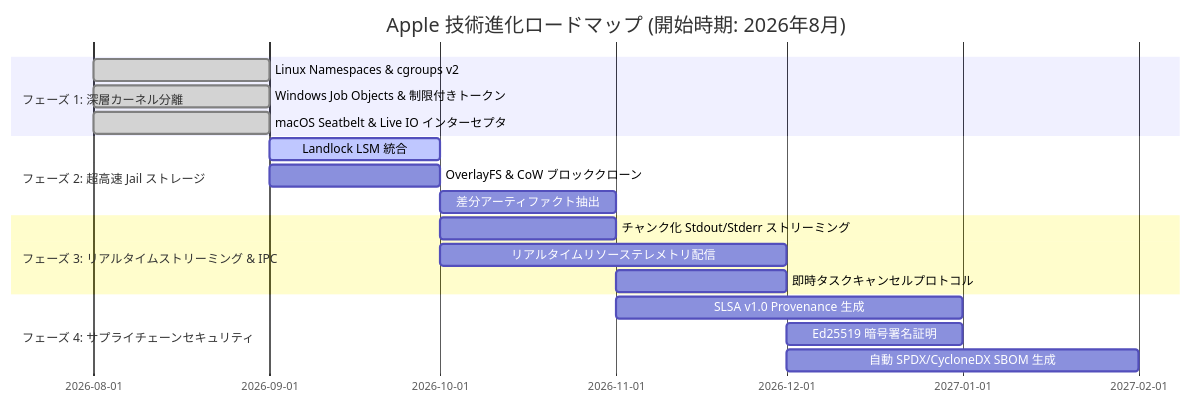
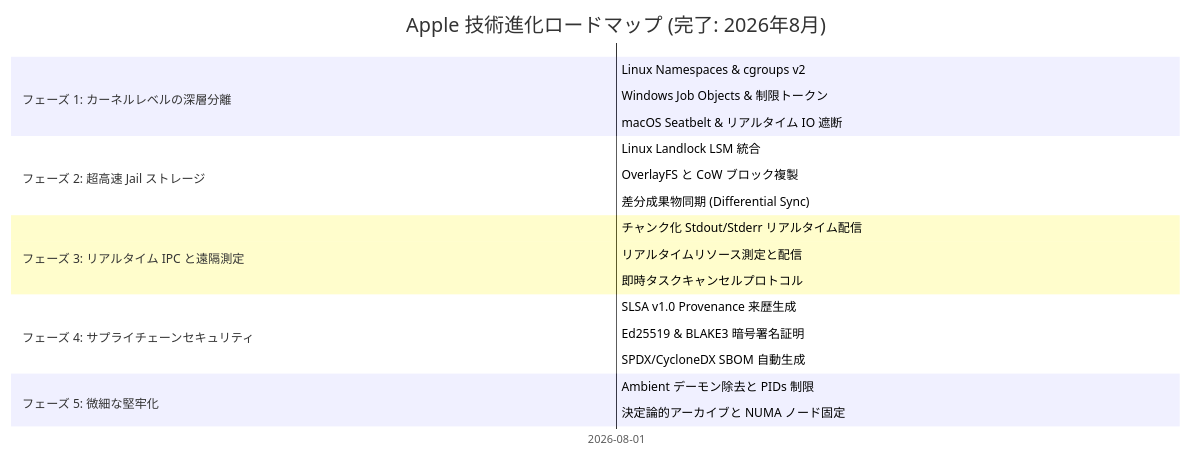
One commit to requla11/apple changed the diagram in docs/ja/ROADMAP.md. Above: the diagram before and after it, drawn with Mermaid. The commit also changed other lines of this file and 4 other files, not shown here.

Commit message:
docs: mark all roadmap phases as 100% completed across all 5 languages

````diff
--- a/docs/ja/ROADMAP.md
+++ b/docs/ja/ROADMAP.md
@@ -18,21 +18,24 @@
 ```mermaid
 gantt
-    title Apple 技術進化ロードマップ (開始時期: 2026年8月)
+    title Apple 技術進化ロードマップ (完了: 2026年8月)
     dateFormat  YYYY-MM
-    section フェーズ 1: 深層カーネル分離
-    Linux Namespaces & cgroups v2           :done,    des1, 2026-08, 2026-09
-    Windows Job Objects & 制限付きトークン  :done,    des2, 2026-08, 2026-09
-    macOS Seatbelt & Live IO インターセプタ :done,    des3, 2026-08, 2026-09
+    section フェーズ 1: カーネルレベルの深層分離
+    Linux Namespaces & cgroups v2           :done,    des1, 2026-08, 2026-08
+    Windows Job Objects & 制限トークン      :done,    des2, 2026-08, 2026-08
+    macOS Seatbelt & リアルタイム IO 遮断   :done,    des3, 2026-08, 2026-08
     section フェーズ 2: 超高速 Jail ストレージ
-    Landlock LSM 統合                       :active,  des4, 2026-09, 2026-10
-    OverlayFS & CoW ブロッククローン        :         des5, 2026-09, 2026-10
-    差分アーティファクト抽出                :         des6, 2026-10, 2026-11
-    section フェーズ 3: リアルタイムストリーミング & IPC
-    チャンク化 Stdout/Stderr ストリーミング :         des7, 2026-10, 2026-11
-    リアルタイムリソーステレメトリ配信      :         des8, 2026-10, 2026-12
-    即時タスクキャンセルプロトコル          :         des9, 2026-11, 2026-12
+    Linux Landlock LSM 統合                 :done,    des4, 2026-08, 2026-08
+    OverlayFS と CoW ブロック複製           :done,    des5, 2026-08, 2026-08
+    差分成果物同期 (Differential Sync)      :done,    des6, 2026-08, 2026-08
+    section フェーズ 3: リアルタイム IPC と遠隔測定
+    チャンク化 Stdout/Stderr リアルタイム配信:done,    des7, 2026-08, 2026-08
+    リアルタイムリソース測定と配信          :done,    des8, 2026-08, 2026-08
+    即時タスクキャンセルプロトコル          :done,    des9, 2026-08, 2026-08
     section フェーズ 4: サプライチェーンセキュリティ
-    SLSA v1.0 Provenance 生成               :         des10, 2026-11, 2027-01
-    Ed25519 暗号署名証明                    :         des11, 2026-12, 2027-01
-    自動 SPDX/CycloneDX SBOM 生成           :         des12, 2026-12, 2027-02
+    SLSA v1.0 Provenance 来歴生成           :done,    des10, 2026-08, 2026-08
+    Ed25519 & BLAKE3 暗号署名証明           :done,    des11, 2026-08, 2026-08
+    SPDX/CycloneDX SBOM 自動生成            :done,    des12, 2026-08, 2026-08
+    section フェーズ 5: 微細な堅牢化
+    Ambient デーモン除去と PIDs 制限        :done,    des13, 2026-08, 2026-08
+    決定論的アーカイブと NUMA ノード固定    :done,    des14, 2026-08, 2026-08
 ```
````
